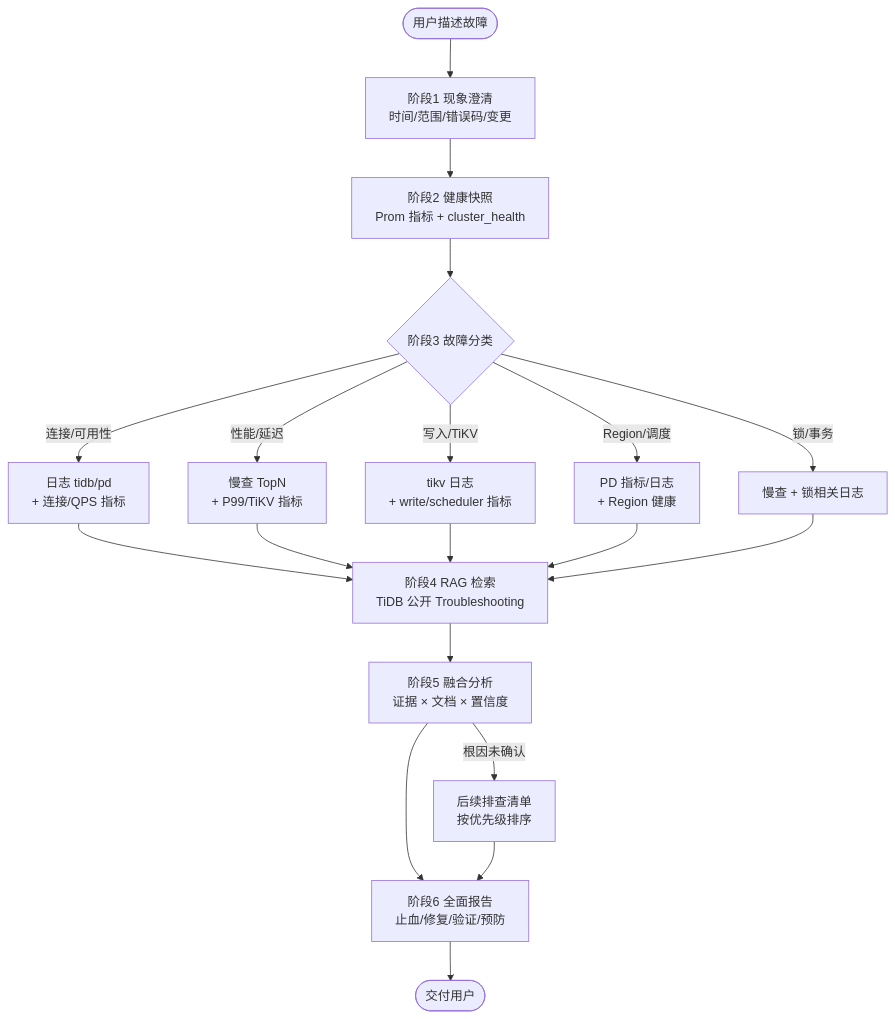
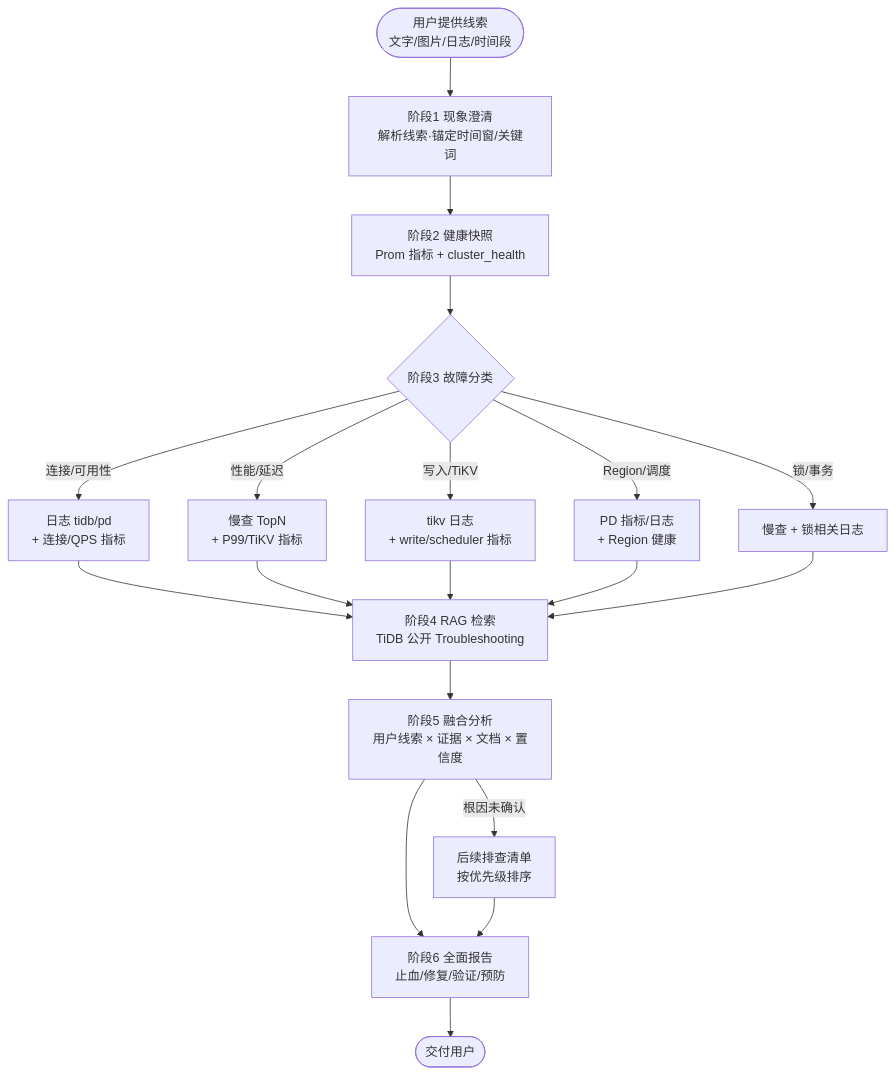
One commit to yangzhengjie/tidb-diag changed the ninth of 13 diagrams in docs/tidb-diag-agent-architecture.md. Above: the diagram before and after it, drawn with Mermaid. The commit also changed other lines of this file, not shown here.

First line of the commit message:
docs(architecture): update agent architecture doc to v1.7

````diff
--- a/docs/tidb-diag-agent-architecture.md
+++ b/docs/tidb-diag-agent-architecture.md
@@ -619,24 +831,24 @@
 ```mermaid
 flowchart TB
-    Start(["用户描述故障"]) --> Clarify["阶段1 现象澄清<br/>时间/范围/错误码/变更"]
+    Start(["用户提供线索<br/>文字/图片/日志/时间段"]) --> Clarify["阶段1 现象澄清<br/>解析线索·锚定时间窗/关键词"]
     Clarify --> Snapshot["阶段2 健康快照<br/>Prom 指标 + cluster_health"]
     Snapshot --> Classify{"阶段3 故障分类"}
 
     Classify -->|连接/可用性| PathA["日志 tidb/pd<br/>+ 连接/QPS 指标"]
     Classify -->|性能/延迟| PathB["慢查 TopN<br/>+ P99/TiKV 指标"]
     Classify -->|写入/TiKV| PathC["tikv 日志<br/>+ write/scheduler 指标"]
     Classify -->|Region/调度| PathD["PD 指标/日志<br/>+ Region 健康"]
     Classify -->|锁/事务| PathE["慢查 + 锁相关日志"]
 
     PathA --> RAG["阶段4 RAG 检索<br/>TiDB 公开 Troubleshooting"]
     PathB --> RAG
     PathC --> RAG
     PathD --> RAG
     PathE --> RAG
 
-    RAG --> Fusion["阶段5 融合分析<br/>证据 × 文档 × 置信度"]
+    RAG --> Fusion["阶段5 融合分析<br/>用户线索 × 证据 × 文档 × 置信度"]
     Fusion --> Report["阶段6 全面报告<br/>止血/修复/验证/预防"]
     Fusion -->|根因未确认| Next["后续排查清单<br/>按优先级排序"]
     Next --> Report
     Report --> End(["交付用户"])
 ```
````
